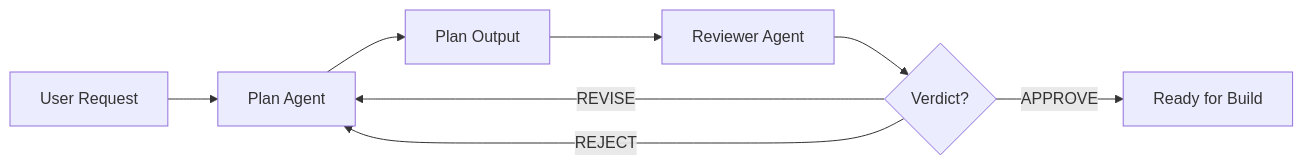
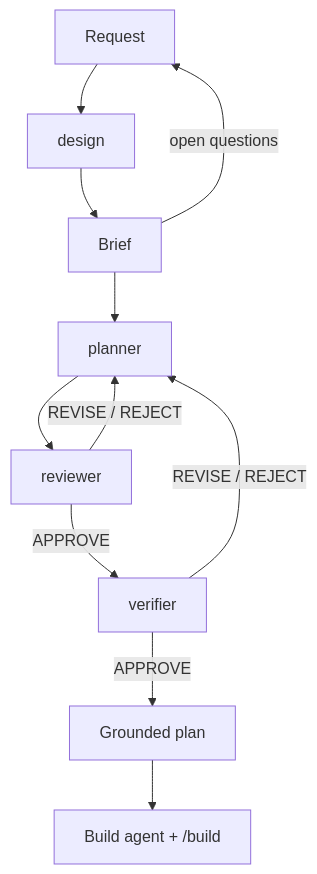
One commit to ataidecarlos/agentic changed the diagram in README.md. Above: the diagram before and after it, drawn with Mermaid. The commit also changed other lines of this file and 8 other files, not shown here.

````diff
--- a/README.md
+++ b/README.md
@@ -118,10 +132,13 @@
 ```mermaid
-graph LR
-    A[User Request] --> B[Plan Agent]
-    B --> C[Plan Output]
-    C --> D[Reviewer Agent]
-    D --> E{Verdict?}
-    E -->|APPROVE| F[Ready for Build]
-    E -->|REVISE| B
-    E -->|REJECT| B
+flowchart TD
+    A[Request] --> B[design]
+    B --> C[Brief]
+    C -->|open questions| A
+    C --> D[planner]
+    D --> E[reviewer]
+    E -->|REVISE / REJECT| D
+    E -->|APPROVE| F[verifier]
+    F -->|REVISE / REJECT| D
+    F -->|APPROVE| G[Grounded plan]
+    G --> H["Build agent + /build"]
 ```
````
